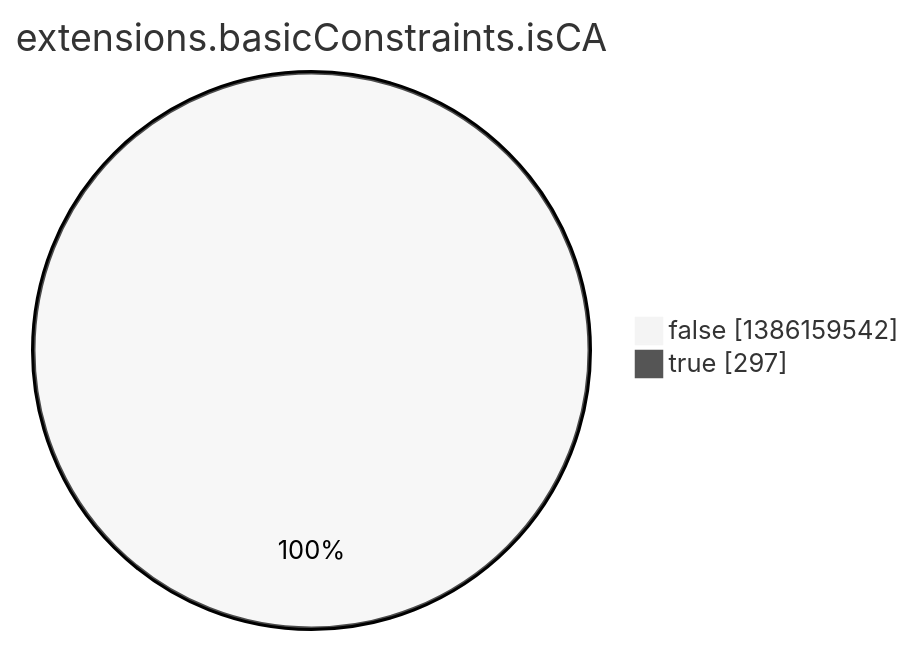
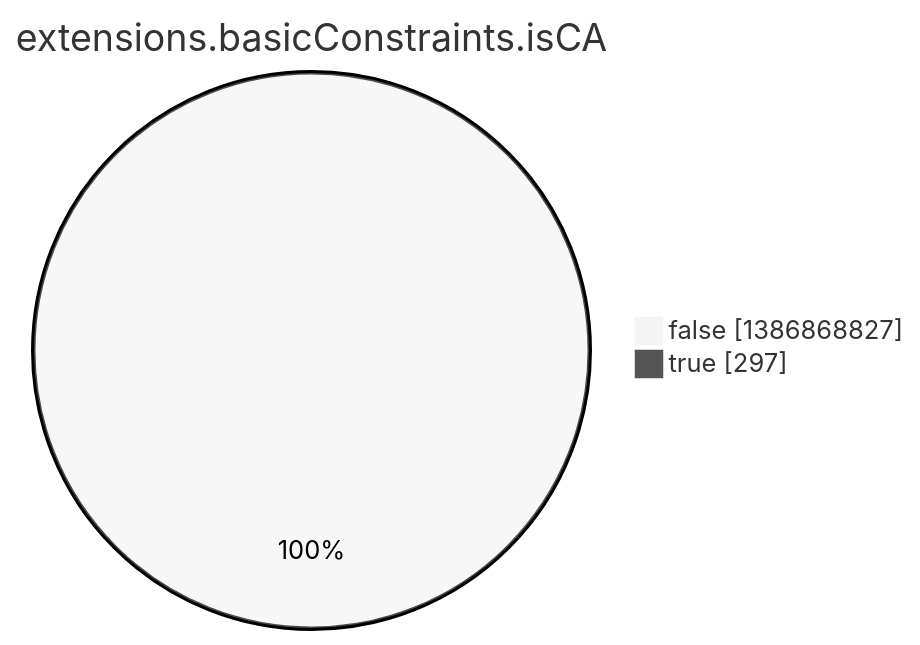
The eighth of 15 diagrams in argon2022/README.md (christiankrug/ctmonitor_visualization), drawn with Mermaid (neutral theme) before and after one commit. The commit also changed other lines of this file, not shown here.

````diff
--- a/argon2022/README.md
+++ b/argon2022/README.md
@@ -2759,6 +2759,6 @@
 ```mermaid
 pie showData
 title extensions.basicConstraints.isCA
-"false" :1386159542
+"false" :1386868827
 "true" :297
 ```
````
